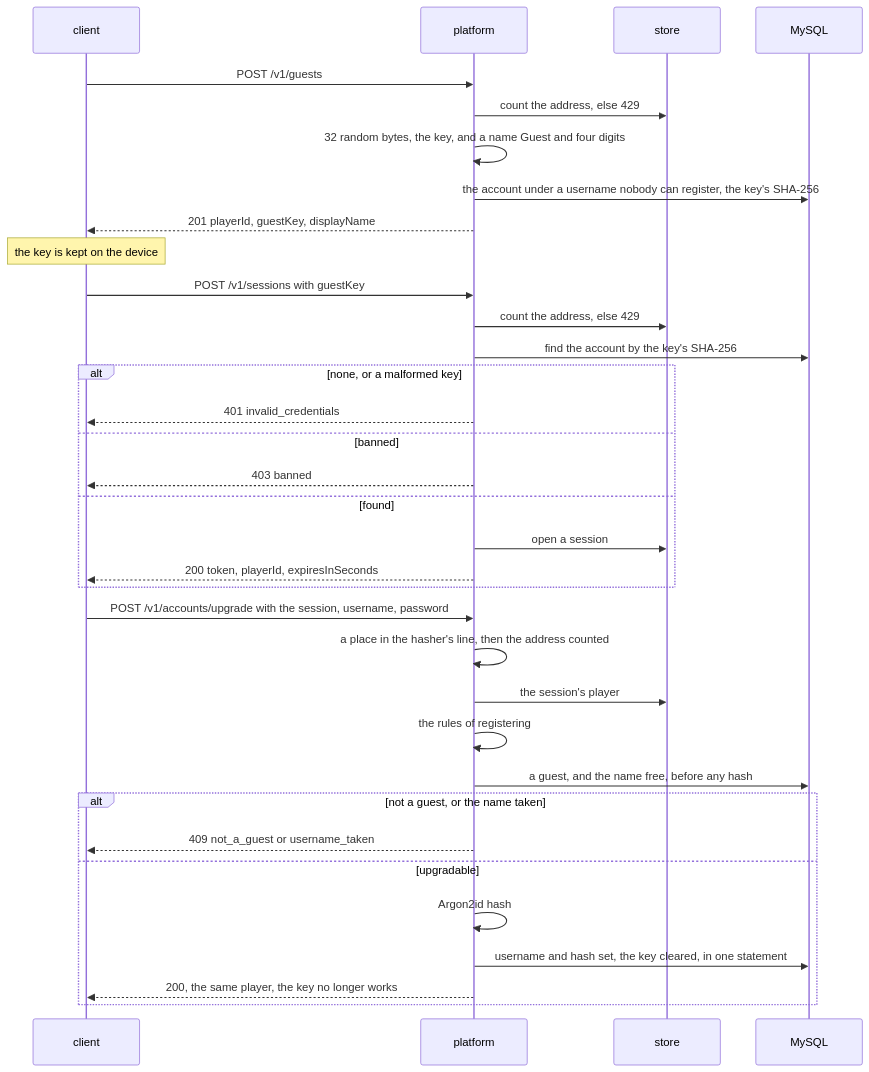
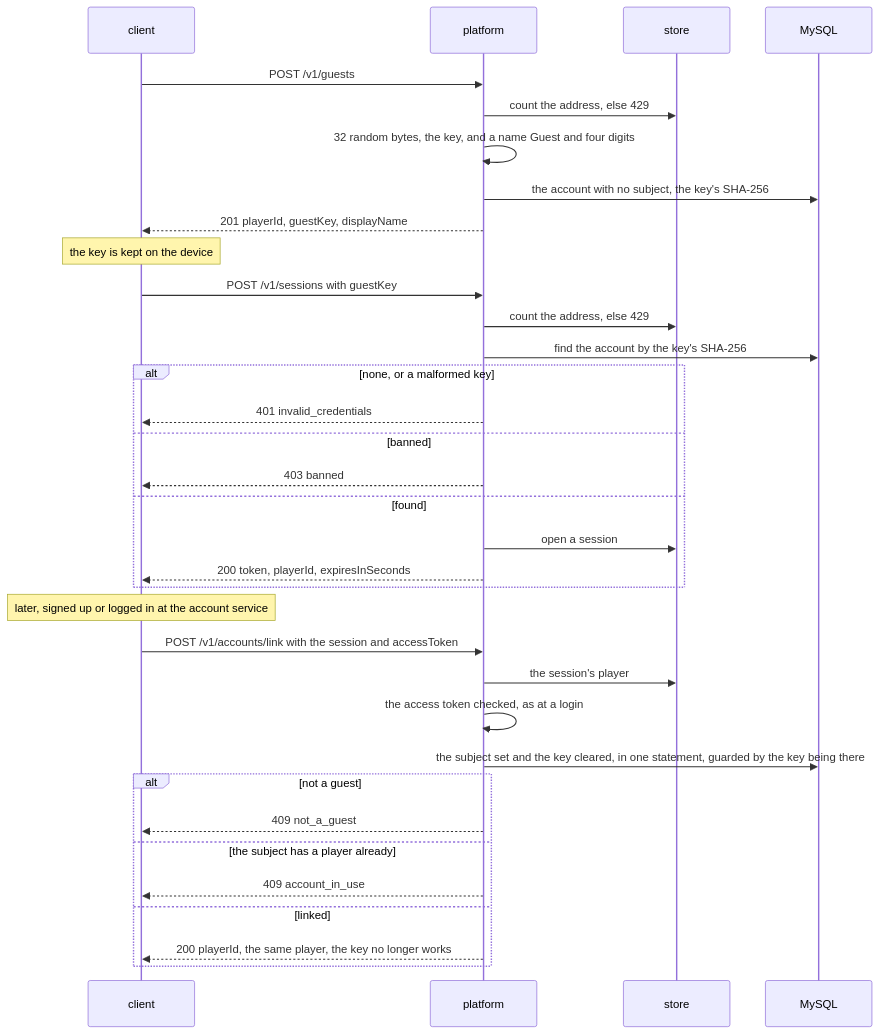
The second of 16 diagrams in docs/diagrams/04-platform.md (greensoft-atom/depio-simulation-platform), drawn with Mermaid before and after one commit. The commit also changed other lines of this file and 92 other files, not shown here.

````diff
--- a/docs/diagrams/04-platform.md
+++ b/docs/diagrams/04-platform.md
@@ -73,36 +72,36 @@
 ```mermaid
 sequenceDiagram
     participant C as client
     participant P as platform
     participant S as store
     participant D as MySQL
     C->>P: POST /v1/guests
     P->>S: count the address, else 429
     P->>P: 32 random bytes, the key, and a name Guest and four digits
-    P->>D: the account under a username nobody can register, the key's SHA-256
+    P->>D: the account with no subject, the key's SHA-256
     P-->>C: 201 playerId, guestKey, displayName
     Note over C: the key is kept on the device
     C->>P: POST /v1/sessions with guestKey
     P->>S: count the address, else 429
     P->>D: find the account by the key's SHA-256
     alt none, or a malformed key
         P-->>C: 401 invalid_credentials
     else banned
         P-->>C: 403 banned
     else found
         P->>S: open a session
         P-->>C: 200 token, playerId, expiresInSeconds
     end
-    C->>P: POST /v1/accounts/upgrade with the session, username, password
-    P->>P: a place in the hasher's line, then the address counted
+    Note over C: later, signed up or logged in at the account service
+    C->>P: POST /v1/accounts/link with the session and accessToken
     P->>S: the session's player
-    P->>P: the rules of registering
-    P->>D: a guest, and the name free, before any hash
-    alt not a guest, or the name taken
-        P-->>C: 409 not_a_guest or username_taken
-    else upgradable
-        P->>P: Argon2id hash
-        P->>D: username and hash set, the key cleared, in one statement
-        P-->>C: 200, the same player, the key no longer works
+    P->>P: the access token checked, as at a login
+    P->>D: the subject set and the key cleared, in one statement, guarded by the key being there
+    alt not a guest
+        P-->>C: 409 not_a_guest
+    else the subject has a player already
+        P-->>C: 409 account_in_use
+    else linked
+        P-->>C: 200 playerId, the same player, the key no longer works
     end
 ```
````
